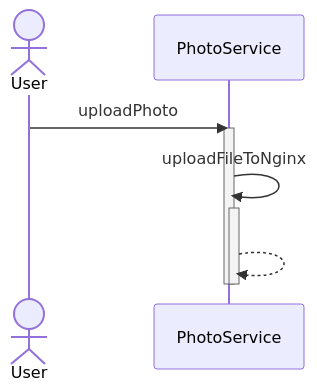
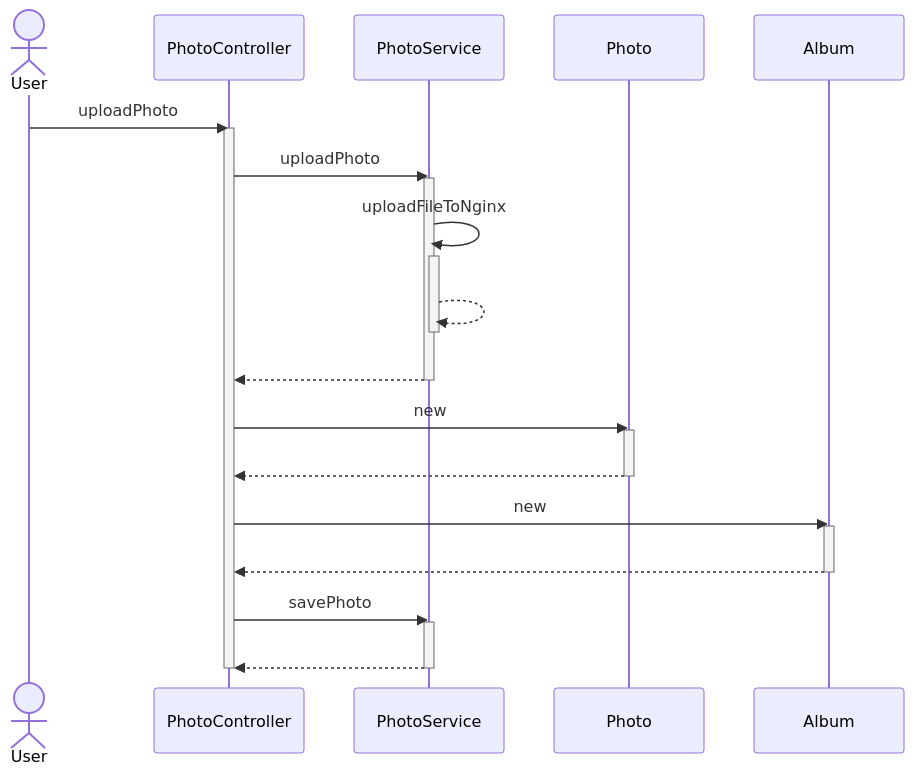
One commit to lightmon233/Memento changed the seventh of 10 diagrams in README.md. Above: the diagram before and after it, drawn with Mermaid. The commit also changed other lines of this file, not shown here.

````diff
--- a/README.md
+++ b/README.md
@@ -187,11 +187,27 @@
 ```mermaid
 sequenceDiagram
 actor User
-User ->> PhotoService : uploadPhoto
+User ->> PhotoController : uploadPhoto
+activate PhotoController
+PhotoController ->> PhotoService : uploadPhoto
 activate PhotoService
 PhotoService ->> PhotoService : uploadFileToNginx
 activate PhotoService
 PhotoService -->> PhotoService : #32; 
 deactivate PhotoService
+PhotoService -->> PhotoController : #32; 
 deactivate PhotoService
+PhotoController ->> Photo : new
+activate Photo
+Photo -->> PhotoController : #32; 
+deactivate Photo
+PhotoController ->> Album : new
+activate Album
+Album -->> PhotoController : #32; 
+deactivate Album
+PhotoController ->> PhotoService : savePhoto
+activate PhotoService
+PhotoService -->> PhotoController : #32; 
+deactivate PhotoService
+deactivate PhotoController
 ```
````
